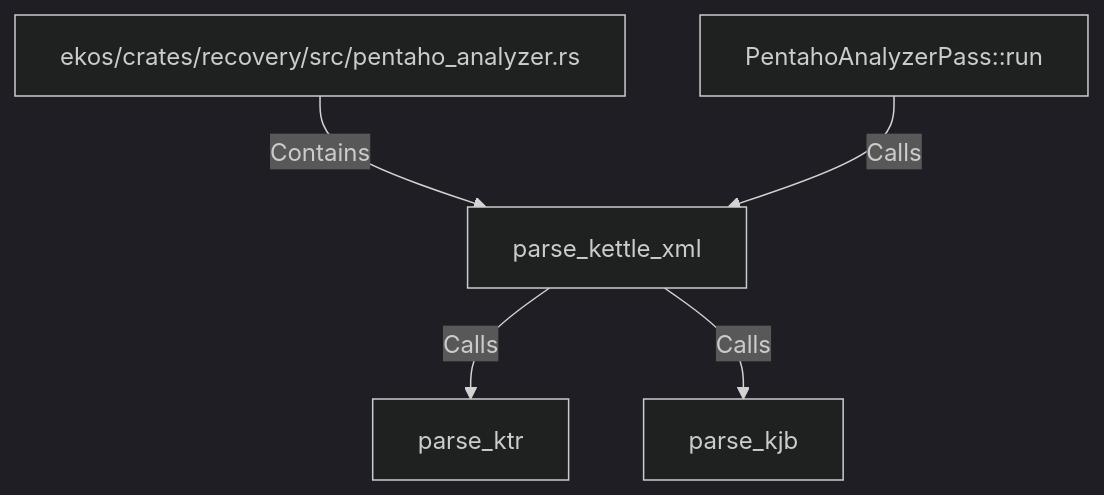
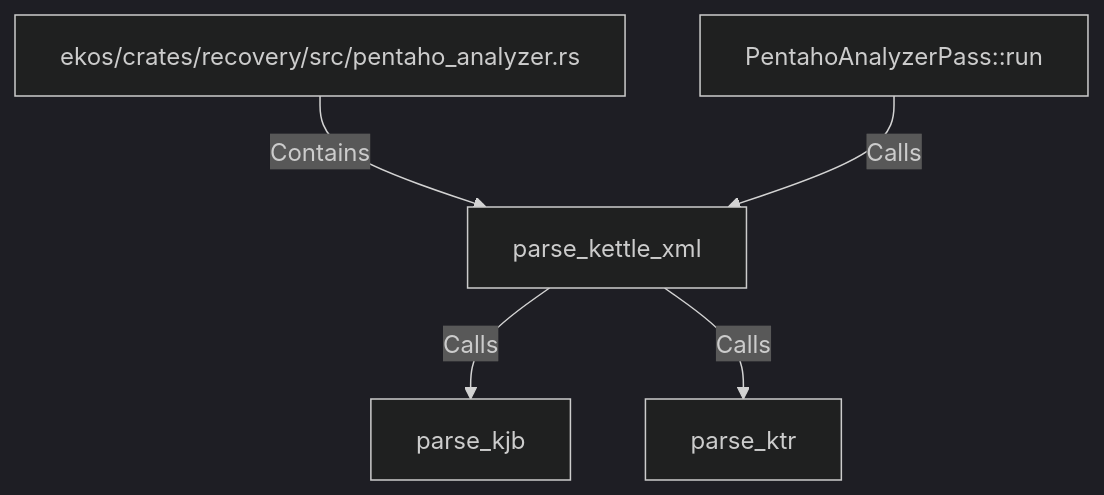
Before and after one commit to alexeyban/EKOS: the diagram in doc/entities/rustsymbol/pa/parse-kettle-xml.md, drawn with Mermaid (dark theme). The commit also changed other lines of this file and 552 other files, not shown here.

````diff
--- a/doc/entities/rustsymbol/pa/parse-kettle-xml.md
+++ b/doc/entities/rustsymbol/pa/parse-kettle-xml.md
@@ -23,12 +23,12 @@
 ```mermaid
 graph TD
     nb954f76cb28d578ba82bcf5b8d11dec0["parse_kettle_xml"]
     nce3d2f1be1c655d792bcc1b69f76dbca["ekos/crates/recovery/src/pentaho_analyzer.rs"]
     nce3d2f1be1c655d792bcc1b69f76dbca -->|Contains| nb954f76cb28d578ba82bcf5b8d11dec0
     n144440b55a3953d18f767f19376b0341["PentahoAnalyzerPass::run"]
     n144440b55a3953d18f767f19376b0341 -->|Calls| nb954f76cb28d578ba82bcf5b8d11dec0
+    ncc76104d128b5cc0bcc89f5a4f895888["parse_kjb"]
+    nb954f76cb28d578ba82bcf5b8d11dec0 -->|Calls| ncc76104d128b5cc0bcc89f5a4f895888
     nac857c0ae7e15b8d972ddd8184852f15["parse_ktr"]
     nb954f76cb28d578ba82bcf5b8d11dec0 -->|Calls| nac857c0ae7e15b8d972ddd8184852f15
-    ncc76104d128b5cc0bcc89f5a4f895888["parse_kjb"]
-    nb954f76cb28d578ba82bcf5b8d11dec0 -->|Calls| ncc76104d128b5cc0bcc89f5a4f895888
 ```
````
